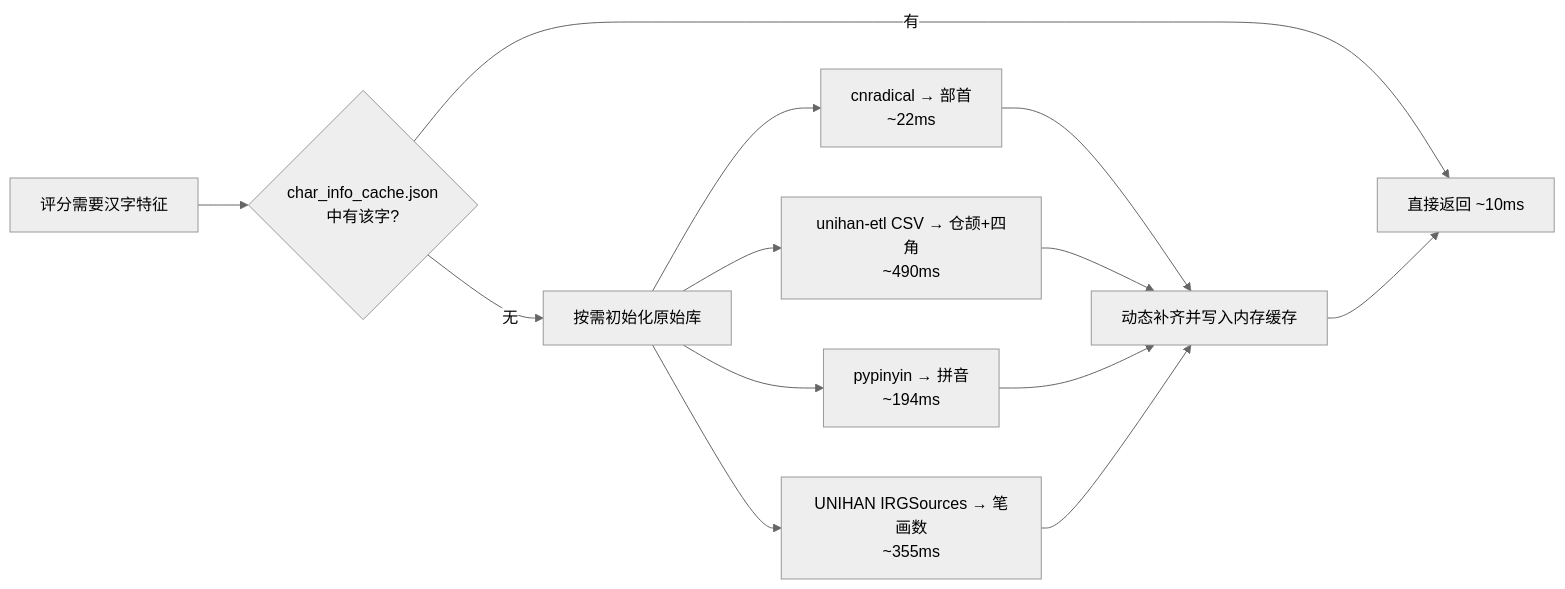
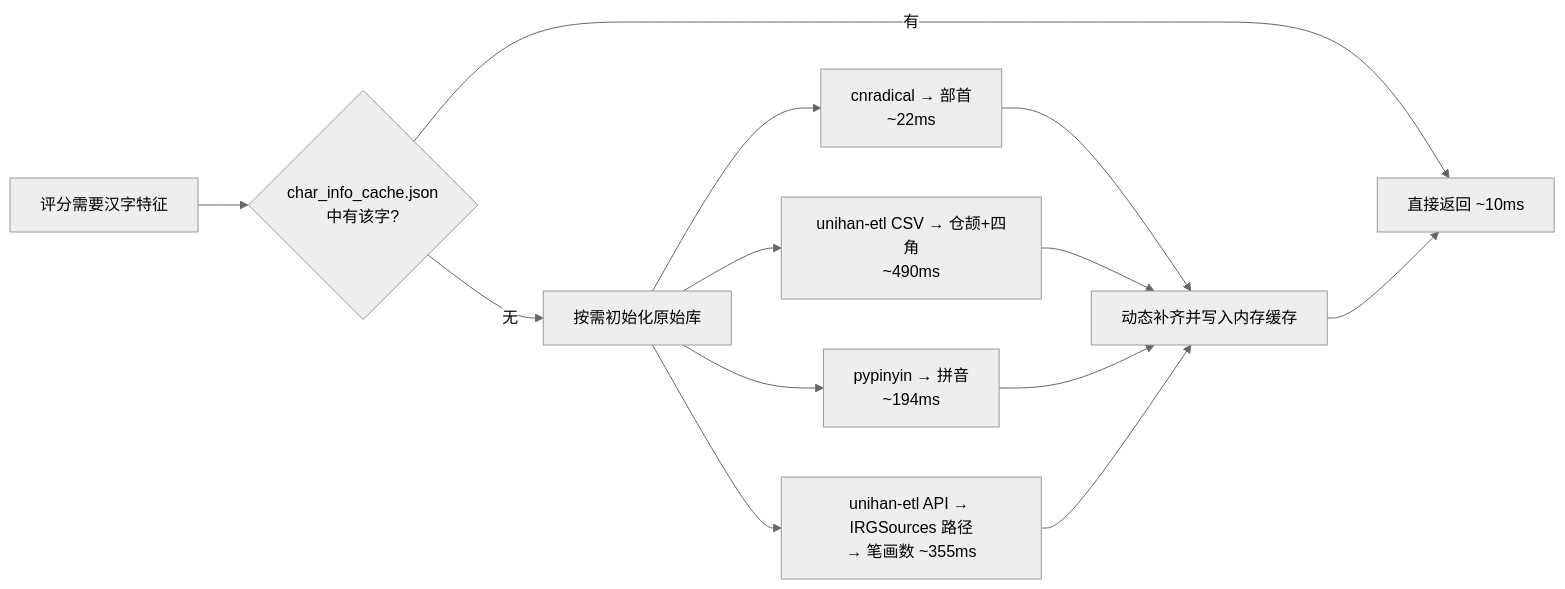
The diagram in docs/spec/spec_capture_ocr.md (CXH0920/mjs_agent_project), drawn with Mermaid (neutral theme) before and after one commit. The commit also changed other lines of this file and 3 other files, not shown here.

````diff
--- a/docs/spec/spec_capture_ocr.md
+++ b/docs/spec/spec_capture_ocr.md
@@ -103,15 +103,15 @@
 ```mermaid
 flowchart LR
     A[评分需要汉字特征] --> B{char_info_cache.json<br>中有该字?}
     B -->|有| C[直接返回 ~10ms]
     B -->|无| D[按需初始化原始库]
     D --> E[cnradical → 部首<br>~22ms]
     D --> F[unihan-etl CSV → 仓颉+四角<br>~490ms]
     D --> G[pypinyin → 拼音<br>~194ms]
-    D --> H[UNIHAN IRGSources → 笔画数<br>~355ms]
+    D --> H[unihan-etl API → IRGSources 路径<br>→ 笔画数 ~355ms]
     E --> I[动态补齐并写入内存缓存]
     F --> I
     G --> I
     H --> I
     I --> C
 ```
````
